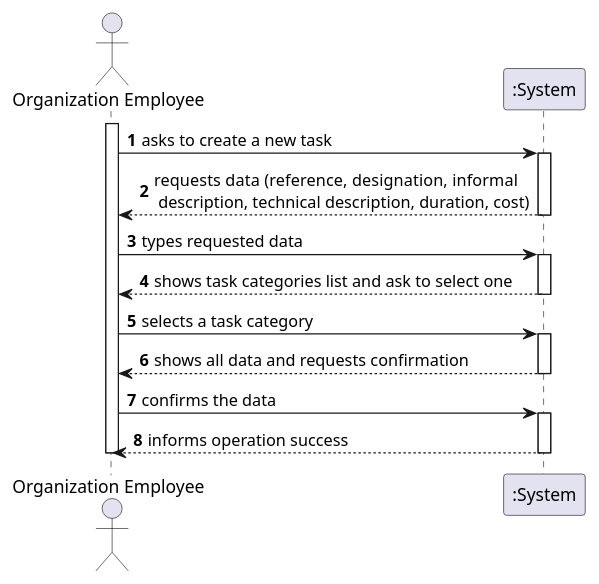
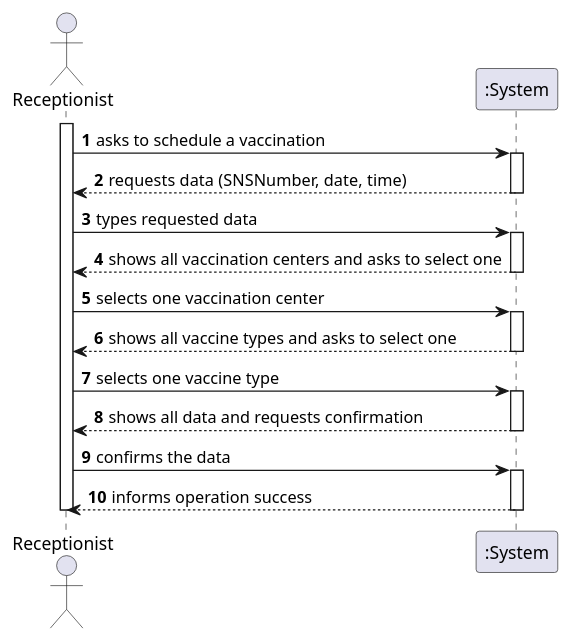
One commit to miseEnPlace-i/lapr2 changed the diagram in docs/SprintC/US02/SSD/US02_SSD.puml. Above: the diagram before and after it, drawn with PlantUML. The commit also changed 2 other files, not shown here.

Commit message:
docs(US02): updated SSD and added new SSD.svg

```diff
--- a/docs/SprintC/US02/SSD/US02_SSD.puml
+++ b/docs/SprintC/US02/SSD/US02_SSD.puml
@@ -1,28 +1,32 @@
-@startuml SSD_US02
+@startuml US02_SSD
 autonumber
-actor "Organization Employee" as OE
+actor "Receptionist" as Recept
 
-activate OE
-OE -> ":System" : asks to create a new task
+activate Recept
+Recept -> ":System" : asks to schedule a vaccination
 activate ":System"
-":System" --> OE : requests data (reference, designation,  informal \n description, technical description, duration, cost)
+":System" --> Recept : requests data (SNSNumber, date, time)
+deactivate ":System"
+Recept -> ":System" : types requested data
+activate ":System"
+
+":System" --> Recept : shows all vaccination centers and asks to select one
+deactivate ":System"
+Recept -> ":System" : selects one vaccination center
+activate ":System"
+
+":System" --> Recept : shows all vaccine types and asks to select one
+deactivate ":System"
+Recept -> ":System" : selects one vaccine type
+activate ":System"
+
+":System" --> Recept : shows all data and requests confirmation
+deactivate ":System"
+Recept -> ":System" : confirms the data
+activate ":System"
+":System" --> Recept : informs operation success
 deactivate ":System"
 
-OE -> ":System" : types requested data
-activate ":System"
-":System" --> OE : shows task categories list and ask to select one
-deactivate ":System"
-
-OE -> ":System" : selects a task category
-activate ":System"
-":System" --> OE : shows all data and requests confirmation
-deactivate ":System"
-
-OE -> ":System" : confirms the data
-activate ":System"
-":System" --> OE : informs operation success
-deactivate ":System"
-
-deactivate OE
+deactivate Recept
 
 @enduml
```
